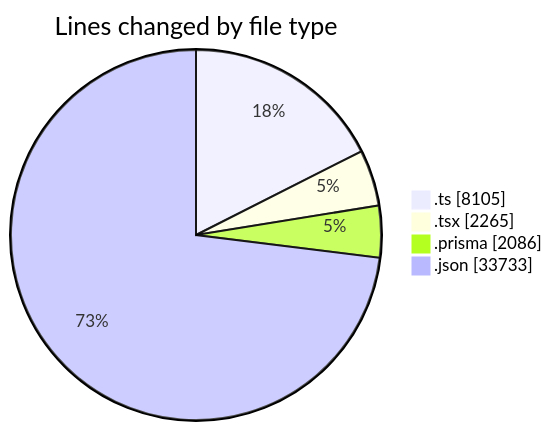
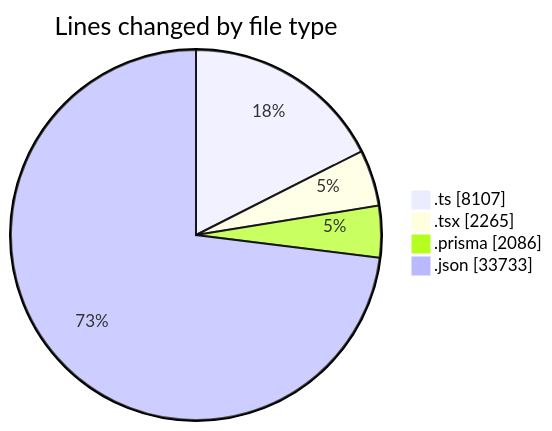
The first of 2 diagrams in 2025-05-19/ecodeli-1/README.md (CELIANVF/code-tracking), drawn with Mermaid before and after one commit. The commit also changed other lines of this file and 1 other file, not shown here.

````diff
--- a/2025-05-19/ecodeli-1/README.md
+++ b/2025-05-19/ecodeli-1/README.md
@@ -50,8 +50,8 @@
 ```mermaid
 pie showData
 title Lines changed by file type
-".ts" : 8105
+".ts" : 8107
 ".tsx" : 2265
 ".prisma" : 2086
 ".json" : 33733
 ```
````
